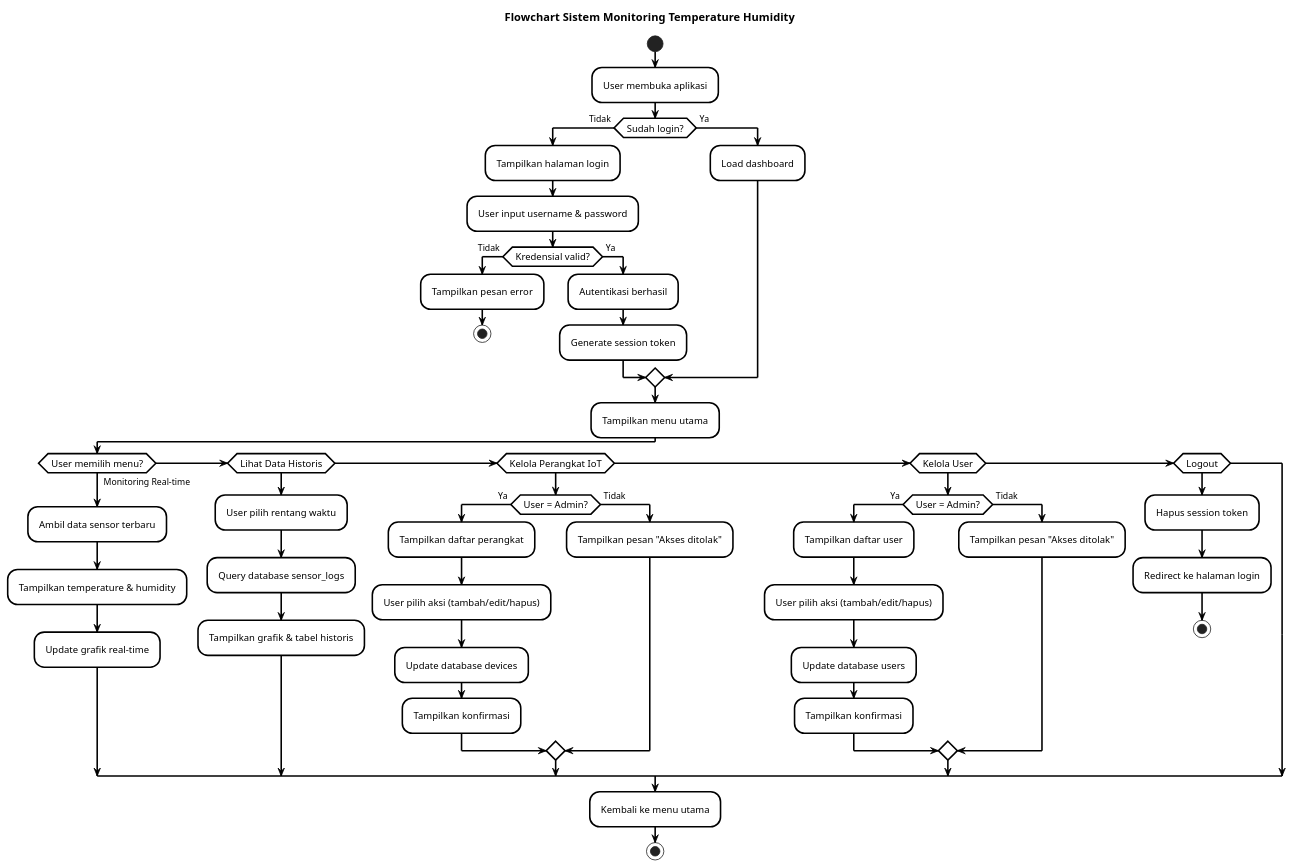
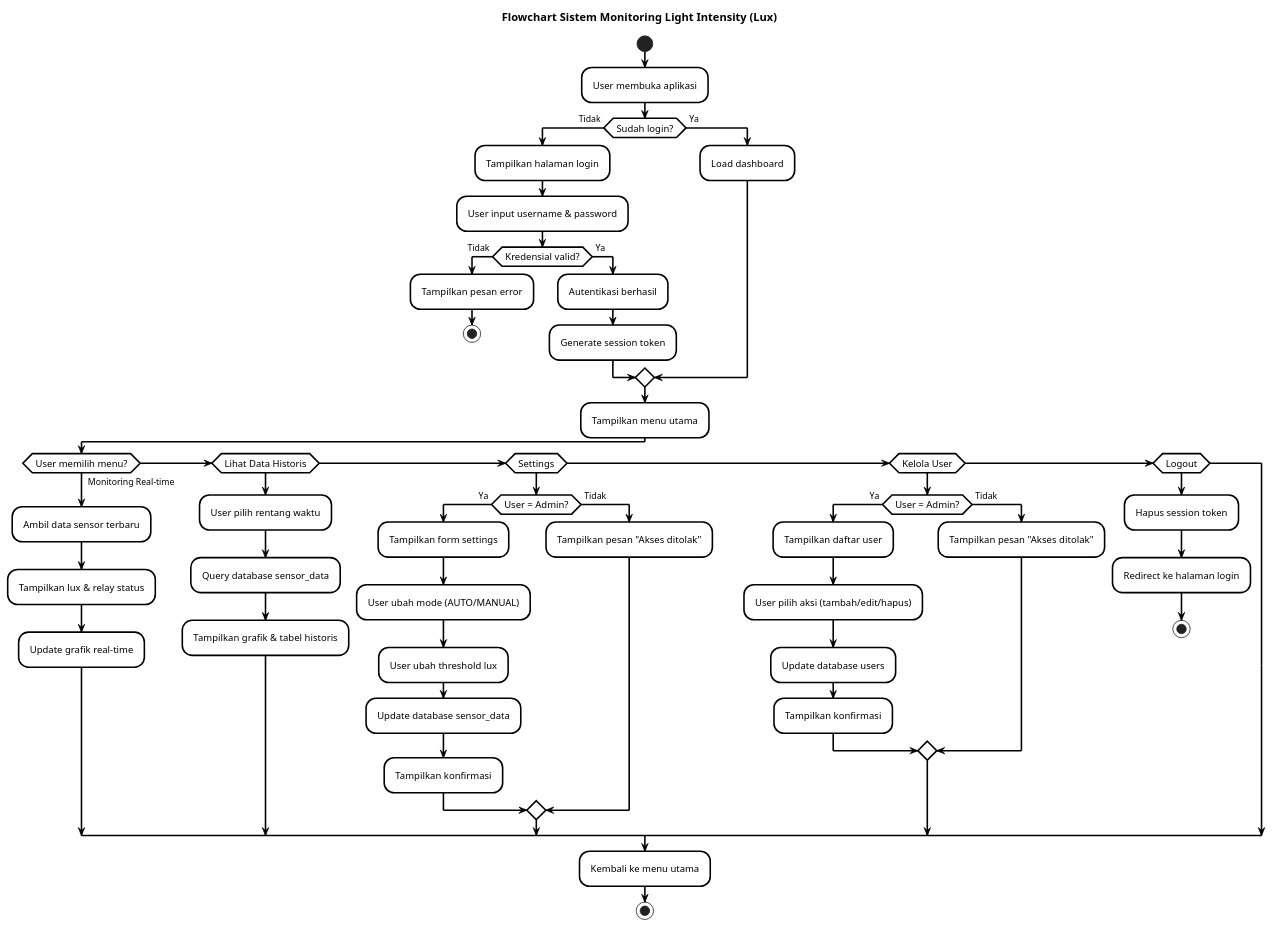
Before and after one commit to C-PPAW-TI503P-2025/Project-Kelompok6-Cahaya: the diagram in diagramproject/flowchart.puml, drawn with PlantUML. The commit also changed 7 other files, not shown here.

Commit message:
Memperbarui semua diagram UML agar sesuai dengan implementasi BH1750 Twilight Switch

```diff
--- a/diagramproject/flowchart.puml
+++ b/diagramproject/flowchart.puml
@@ -1,77 +1,78 @@
 @startuml
 skinparam padding 4
 skinparam BackgroundColor white
 skinparam ActivityBackgroundColor white
 skinparam ActivityBorderColor black
 skinparam ActivityDiamondBackgroundColor white
 skinparam ActivityDiamondBorderColor black
 skinparam ArrowColor black
 skinparam ActivityBorderThickness 2
 skinparam ArrowThickness 2
 skinparam Shadowing false
 skinparam ActivityFontSize 12
 
-title Flowchart Sistem Monitoring Temperature Humidity
+title Flowchart Sistem Monitoring Light Intensity (Lux)
 
 start
 
 :User membuka aplikasi;
 
 if (Sudah login?) then (Tidak)
   :Tampilkan halaman login;
   :User input username & password;
   
   if (Kredensial valid?) then (Tidak)
     :Tampilkan pesan error;
     stop
   else (Ya)
     :Autentikasi berhasil;
     :Generate session token;
   endif
 else (Ya)
   :Load dashboard;
 endif
 
 :Tampilkan menu utama;
 
 if (User memilih menu?) then (Monitoring Real-time)
   :Ambil data sensor terbaru;
-  :Tampilkan temperature & humidity;
+  :Tampilkan lux & relay status;
   :Update grafik real-time;
   
 elseif (Lihat Data Historis) then
   :User pilih rentang waktu;
-  :Query database sensor_logs;
+  :Query database sensor_data;
   :Tampilkan grafik & tabel historis;
   
-elseif (Kelola Perangkat IoT) then
+elseif (Settings) then
   if (User = Admin?) then (Ya)
-    :Tampilkan daftar perangkat;
-    :User pilih aksi (tambah/edit/hapus);
-    :Update database devices;
+    :Tampilkan form settings;
+    :User ubah mode (AUTO/MANUAL);
+    :User ubah threshold lux;
+    :Update database sensor_data;
     :Tampilkan konfirmasi;
   else (Tidak)
     :Tampilkan pesan "Akses ditolak";
   endif
   
 elseif (Kelola User) then
   if (User = Admin?) then (Ya)
     :Tampilkan daftar user;
     :User pilih aksi (tambah/edit/hapus);
     :Update database users;
     :Tampilkan konfirmasi;
   else (Tidak)
     :Tampilkan pesan "Akses ditolak";
   endif
   
 elseif (Logout) then
   :Hapus session token;
   :Redirect ke halaman login;
   stop
 endif
 
 :Kembali ke menu utama;
 
 stop
 
 @enduml
```
